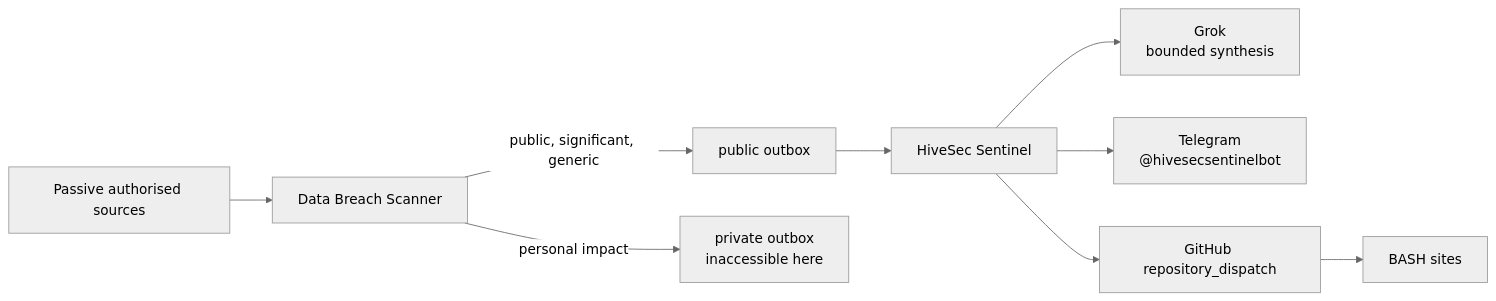
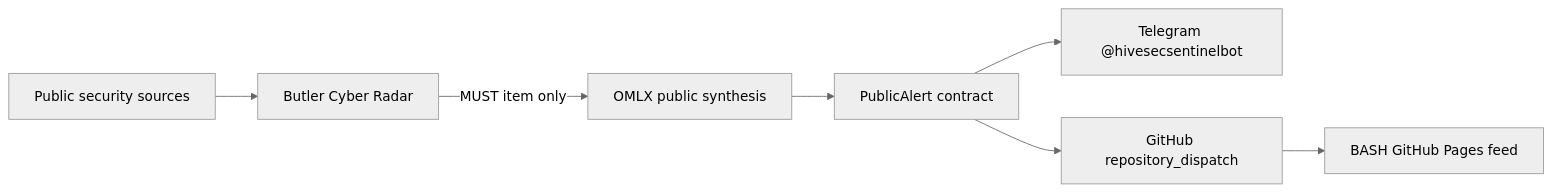
One commit to bashhive/sentinel changed the diagram in docs/ARCHITECTURE.md. Above: the diagram before and after it, drawn with Mermaid (neutral theme). The commit also changed other lines of this file and 20 other files, not shown here.

Commit message:
Refactor HiveSec Sentinel alert pipeline and remove dead code

````diff
--- a/docs/ARCHITECTURE.md
+++ b/docs/ARCHITECTURE.md
@@ -3,11 +3,9 @@
 ```mermaid
 flowchart LR
-    S["Passive authorised sources"] --> D["Data Breach Scanner"]
-    D -->|"public, significant, generic"| O["public outbox"]
-    D -->|"personal impact"| X["private outbox<br/>inaccessible here"]
-    O --> H["HiveSec Sentinel"]
-    H --> G["Grok<br/>bounded synthesis"]
-    H --> T["Telegram<br/>@hivesecsentinelbot"]
-    H --> R["GitHub repository_dispatch"]
-    R --> P["BASH sites"]
+    S["Public security sources"] --> B["Butler Cyber Radar"]
+    B -->|"MUST item only"| G["OMLX public synthesis"]
+    G --> A["PublicAlert contract"]
+    A --> T["Telegram @hivesecsentinelbot"]
+    A --> R["GitHub repository_dispatch"]
+    R --> P["BASH GitHub Pages feed"]
 ```
````
